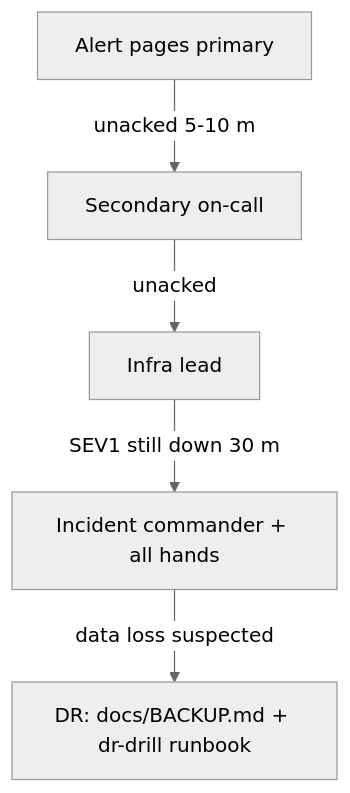
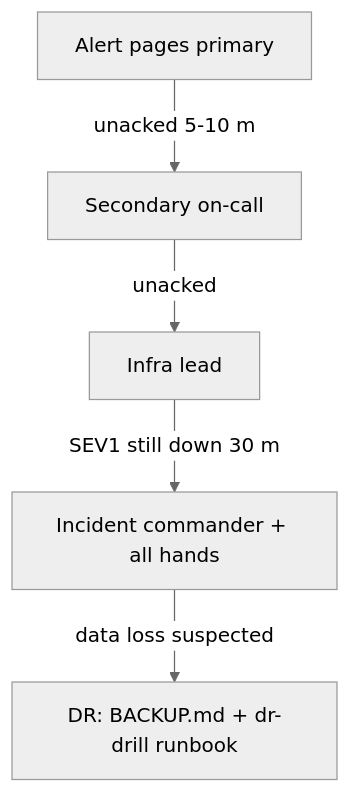
One commit to ahdirmai/jg-smm changed the diagram in docs/SEVERITY.md. Above: the diagram before and after it, drawn with Mermaid (neutral theme). The commit also changed other lines of this file and 229 other files, not shown here.

````diff
--- a/docs/SEVERITY.md
+++ b/docs/SEVERITY.md
@@ -72,7 +72,7 @@
 ```mermaid
 graph TD
     A[Alert pages primary] -->|unacked 5-10 m| B[Secondary on-call]
     B -->|unacked| C[Infra lead]
     C -->|SEV1 still down 30 m| D[Incident commander + all hands]
-    D -->|data loss suspected| E[DR: docs/BACKUP.md + dr-drill runbook]
+    D -->|data loss suspected| E[DR: BACKUP.md + dr-drill runbook]
 ```
````
